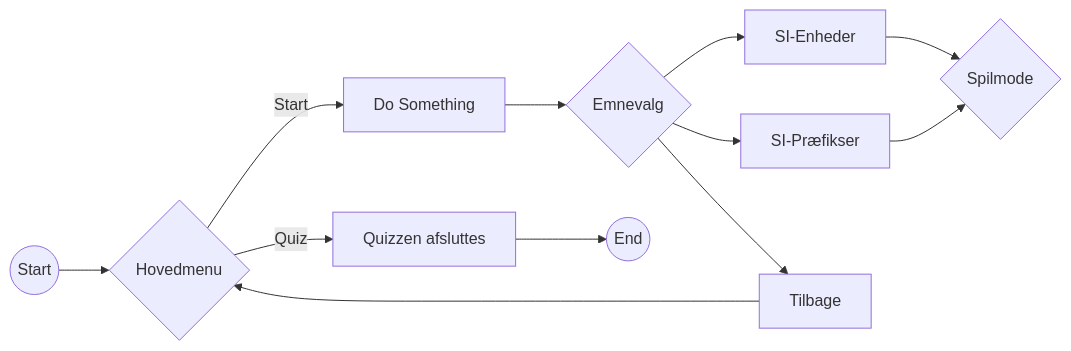
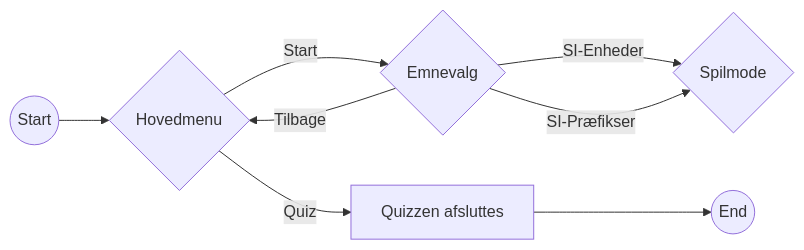
Before and after one commit to mjdvisualz/fysik-quiz-app: the diagram in README.md, drawn with Mermaid.

````diff
--- a/README.md
+++ b/README.md
@@ -16,15 +16,11 @@
 ```mermaid
 graph LR
     A((Start)) --> B{Hovedmenu}
-    B -->|Start| C[Do Something]
+    B -->|Start| C{Emnevalg}
     B -->|Quiz| D[Quizzen afsluttes]
-    C --> E{Emnevalg}
-    D --> F((End))
-    E --> G[SI-Enheder]
-    E --> H[SI-Præfikser]
-    G --> J{Spilmode}
-    H --> J
-    E --> I[Tilbage]
-    I --> B
+    D --> E((End))
+    C --> |SI-Enheder| F{Spilmode}
+    C --> |SI-Præfikser| F
+    C --> |Tilbage| B
 
 ```
````
